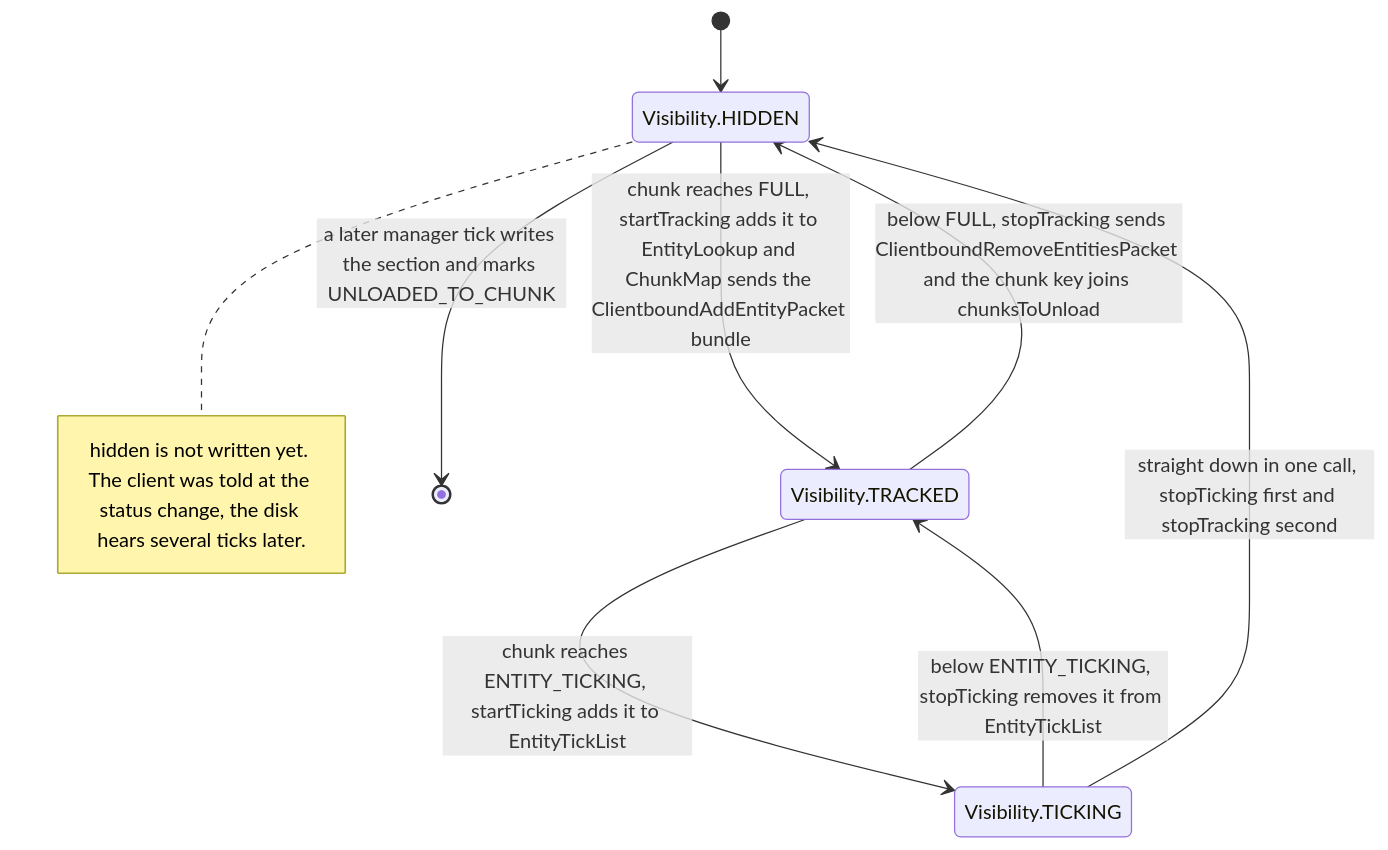
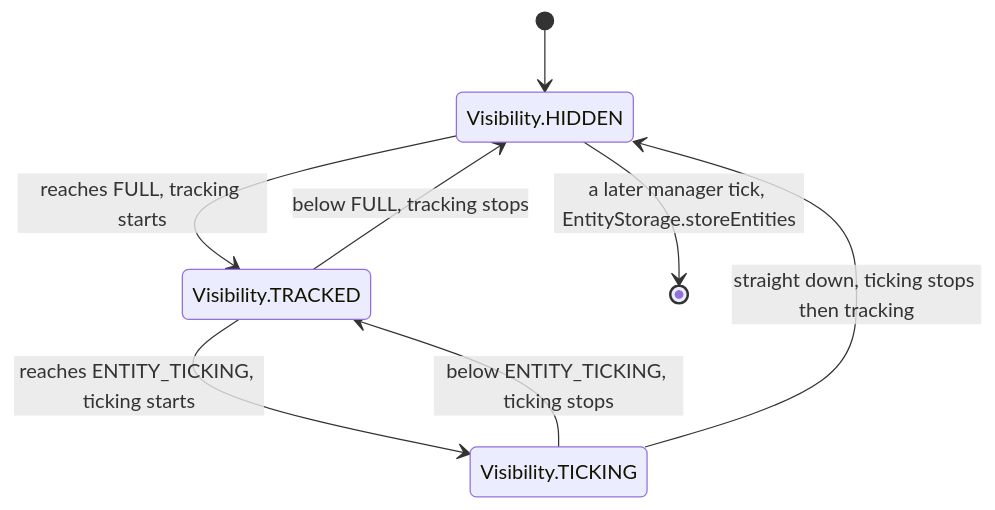
The fourth of 4 diagrams in src/systems/entities/entity-lifecycle.md (AlexanderjFraser/MinecraftDocs), drawn with Mermaid before and after one commit. The commit also changed other lines of this file and 68 other files, not shown here.

````diff
--- a/src/systems/entities/entity-lifecycle.md
+++ b/src/systems/entities/entity-lifecycle.md
@@ -322,14 +362,13 @@
 ```mermaid
 stateDiagram-v2
     state "Visibility.HIDDEN" as H
     state "Visibility.TRACKED" as T
     state "Visibility.TICKING" as K
     [*] --> H
-    H --> T : chunk reaches FULL, startTracking adds it to EntityLookup and ChunkMap sends the ClientboundAddEntityPacket bundle
-    T --> K : chunk reaches ENTITY_TICKING, startTicking adds it to EntityTickList
-    K --> T : below ENTITY_TICKING, stopTicking removes it from EntityTickList
-    T --> H : below FULL, stopTracking sends ClientboundRemoveEntitiesPacket and the chunk key joins chunksToUnload
-    K --> H : straight down in one call, stopTicking first and stopTracking second
-    H --> [*] : a later manager tick writes the section and marks UNLOADED_TO_CHUNK
-    note right of H : hidden is not written yet. The client was told at the status change, the disk hears several ticks later.
+    H --> T : reaches FULL, tracking starts
+    T --> K : reaches ENTITY_TICKING, ticking starts
+    K --> T : below ENTITY_TICKING, ticking stops
+    T --> H : below FULL, tracking stops
+    K --> H : straight down, ticking stops then tracking
+    H --> [*] : a later manager tick, EntityStorage.storeEntities
 ```
````
